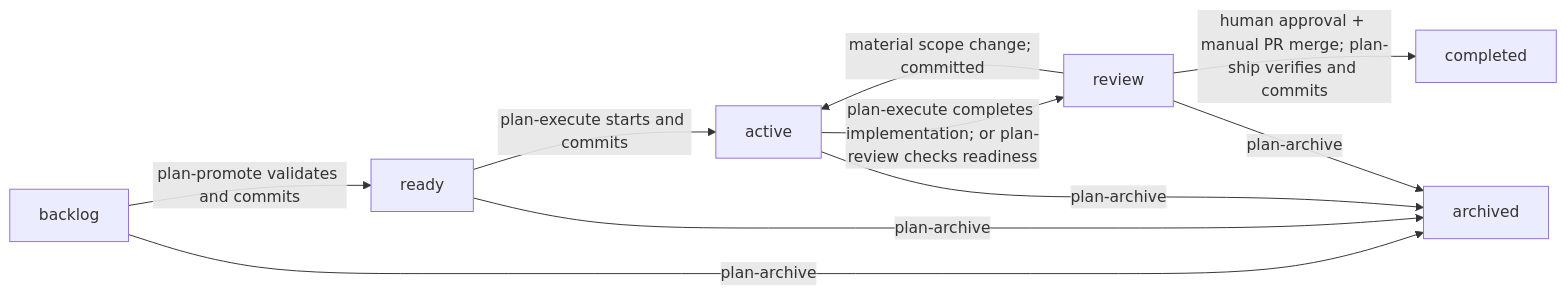
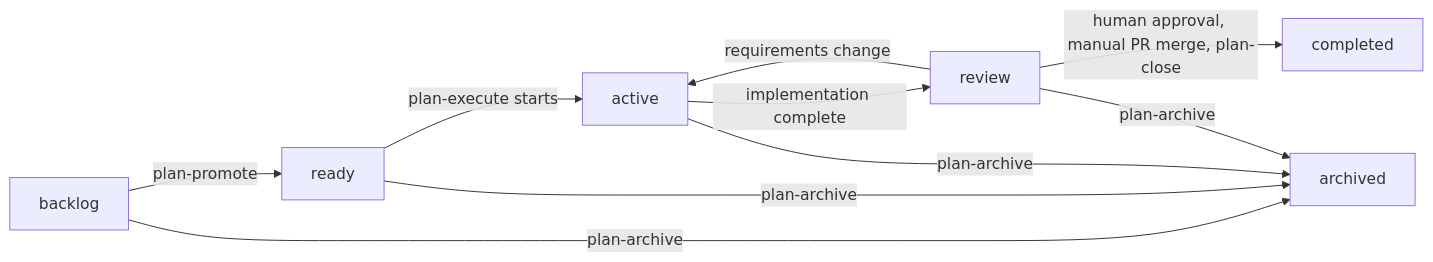
One commit to kirinmurphy/roborepo-alpha changed the diagram in docs/plans/backlog/plan-lifecycle-review-and-ship-workflow.md. Above: the diagram before and after it, drawn with Mermaid. The commit also changed other lines of this file, not shown here.

Commit message:
plan update

````diff
--- a/docs/plans/backlog/plan-lifecycle-review-and-ship-workflow.md
+++ b/docs/plans/backlog/plan-lifecycle-review-and-ship-workflow.md
@@ -54,12 +56,12 @@
 ```mermaid
 flowchart LR
-  B["backlog"] -->|"plan-promote validates and commits"| R["ready"]
-  R -->|"plan-execute starts and commits"| A["active"]
-  A -->|"plan-execute completes implementation; or plan-review checks readiness"| V["review"]
-  V -->|"material scope change; committed"| A
-  V -->|"human approval + manual PR merge; plan-ship verifies and commits"| C["completed"]
+  B["backlog"] -->|"plan-promote"| R["ready"]
+  R -->|"plan-execute starts"| A["active"]
+  A -->|"implementation complete"| V["review"]
+  V -->|"requirements change"| A
+  V -->|"human approval, manual PR merge, plan-close"| C["completed"]
   B -->|"plan-archive"| X["archived"]
   R -->|"plan-archive"| X
   A -->|"plan-archive"| X
   V -->|"plan-archive"| X
 ```
````
